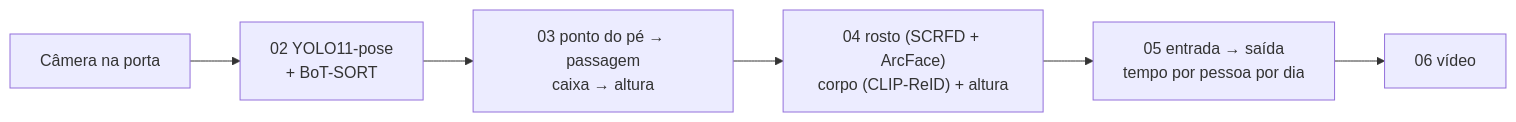
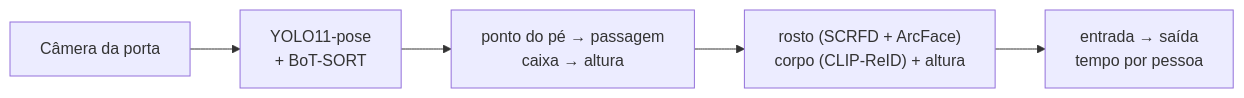
One commit to escudero/dwellscope changed the diagram in README.pt-BR.md. Above: the diagram before and after it, drawn with Mermaid. The commit also changed other lines of this file and 1 other file, not shown here.

````diff
--- a/README.pt-BR.md
+++ b/README.pt-BR.md
@@ -43,8 +33,7 @@
 ```mermaid
 flowchart LR
-    V["Câmera na porta"] --> T["02 YOLO11-pose<br/>+ BoT-SORT"]
-    T --> E["03 ponto do pé → passagem<br/>caixa → altura"]
-    E --> I["04 rosto (SCRFD + ArcFace)<br/>corpo (CLIP-ReID) + altura"]
-    I --> R["05 entrada → saída<br/>tempo por pessoa por dia"]
-    R --> O["06 vídeo"]
+    V["Câmera da porta"] --> T["YOLO11-pose<br/>+ BoT-SORT"]
+    T --> E["ponto do pé → passagem<br/>caixa → altura"]
+    E --> I["rosto (SCRFD + ArcFace)<br/>corpo (CLIP-ReID) + altura"]
+    I --> R["entrada → saída<br/>tempo por pessoa"]
 ```
````
